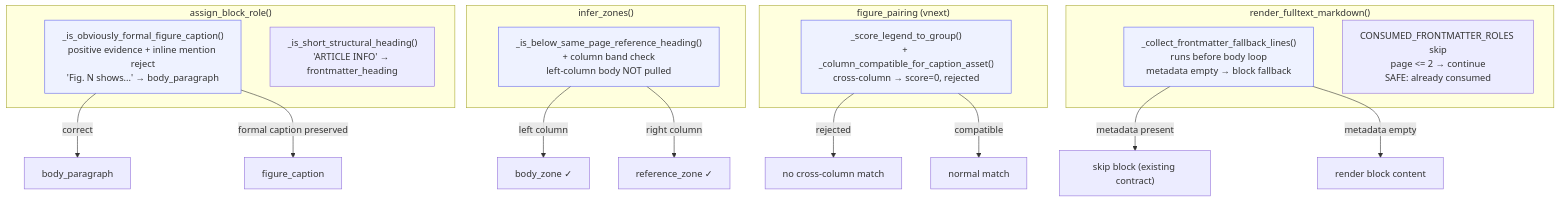
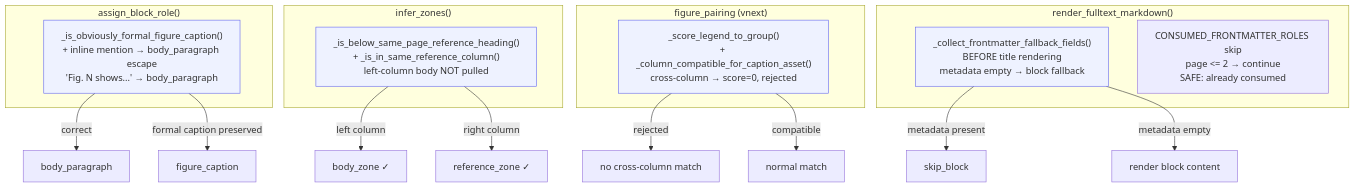
One commit to LLLin000/PaperForge changed the second of 2 diagrams in docs/superpowers/specs/2026-07-05-ocr-four-pr-architecture-hardening-design.md. Above: the diagram before and after it, drawn with Mermaid. The commit also changed other lines of this file and 1 other file, not shown here.

````diff
--- a/docs/superpowers/specs/2026-07-05-ocr-four-pr-architecture-hardening-design.md
+++ b/docs/superpowers/specs/2026-07-05-ocr-four-pr-architecture-hardening-design.md
@@ -62,34 +66,28 @@
 ```mermaid
 flowchart TB
     subgraph assign_block_role["assign_block_role()"]
-        new_heuristic["_is_obviously_formal_figure_caption()<br/>positive evidence + inline mention reject<br/>'Fig. N shows...' → body_paragraph"]
-        fh["_is_short_structural_heading()<br/>'ARTICLE INFO' → frontmatter_heading"]
+        new_heuristic["_is_obviously_formal_figure_caption()<br/>+ inline mention → body_paragraph escape<br/>'Fig. N shows...' → body_paragraph"]
     end
-
     subgraph infer_zones["infer_zones()"]
-        col_aware["_is_below_same_page_reference_heading()<br/>+ column band check<br/>left-column body NOT pulled"]
+        col_aware["_is_below_same_page_reference_heading()<br/>+ _is_in_same_reference_column()<br/>left-column body NOT pulled"]
     end
-
     subgraph pairing["figure_pairing (vnext)"]
         col_scoring["_score_legend_to_group()<br/>+ _column_compatible_for_caption_asset()<br/>cross-column → score=0, rejected"]
     end
-
     subgraph render["render_fulltext_markdown()"]
-        fallback["_collect_frontmatter_fallback_lines()<br/>runs before body loop<br/>metadata empty → block fallback"]
+        fallback["_collect_frontmatter_fallback_fields()<br/>BEFORE title rendering<br/>metadata empty → block fallback"]
         safe_skip["CONSUMED_FRONTMATTER_ROLES skip<br/>page <= 2 → continue<br/>SAFE: already consumed"]
     end
-
     new_heuristic -->|correct| body_role["body_paragraph"]
     new_heuristic -->|formal caption preserved| formal["figure_caption"]
     col_aware -->|left column| body_zone["body_zone ✓"]
     col_aware -->|right column| ref_zone["reference_zone ✓"]
     col_scoring -->|rejected| no_match["no cross-column match"]
     col_scoring -->|compatible| normal_match["normal match"]
-    fallback -->|metadata present| skip_block["skip block (existing contract)"]
+    fallback -->|metadata present| skip_block
     fallback -->|metadata empty| render_content["render block content"]
-
     style new_heuristic fill:#eef2ff,stroke:#6366f1
     style col_aware fill:#eef2ff,stroke:#6366f1
     style col_scoring fill:#eef2ff,stroke:#6366f1
     style fallback fill:#eef2ff,stroke:#6366f1
 ```
````
